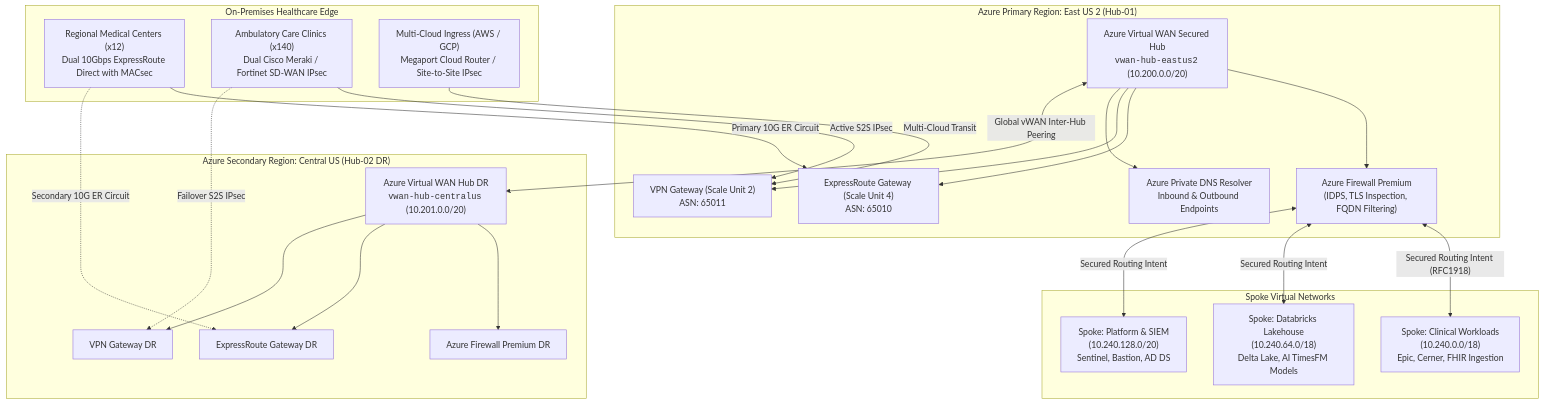
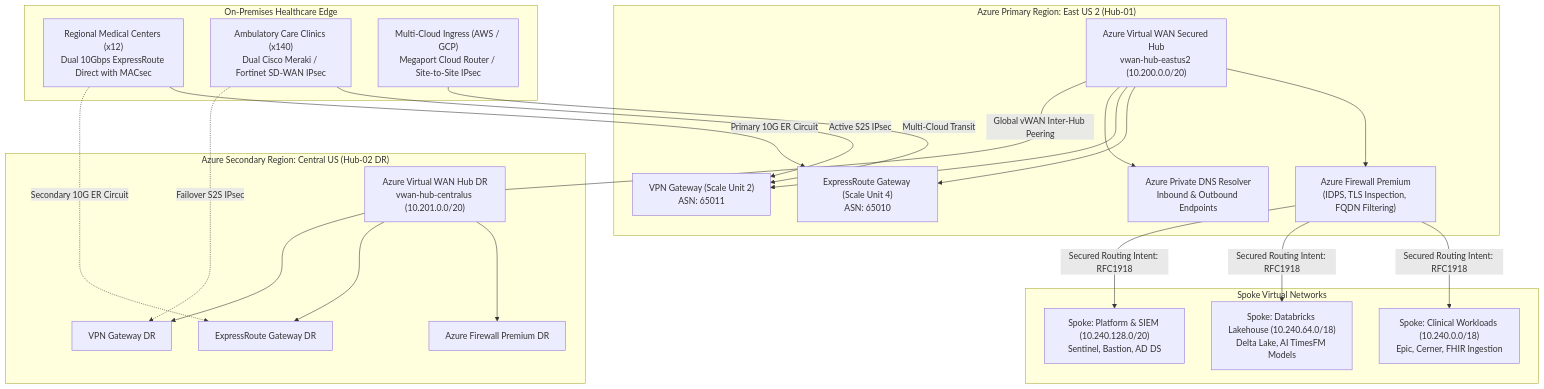
The first of 3 diagrams in docs/landing-zone/hybrid-networking.md (FreeFades2Black/mosaic-health-cloud-architecture), drawn with Mermaid before and after one commit. The commit also changed 5 other files, not shown here.

Commit message:
fix(mermaid): remove inline html tags to ensure 100% diagram compatibility across all browsers

````diff
--- a/docs/landing-zone/hybrid-networking.md
+++ b/docs/landing-zone/hybrid-networking.md
@@ -12,50 +12,50 @@
 ```mermaid
 graph TB
     subgraph "On-Premises Healthcare Edge"
         HospitalEdge["Regional Medical Centers (x12)<br/>Dual 10Gbps ExpressRoute Direct with MACsec"]
         ClinicEdge["Ambulatory Care Clinics (x140)<br/>Dual Cisco Meraki / Fortinet SD-WAN IPsec"]
         MCOpsEdge["Multi-Cloud Ingress (AWS / GCP)<br/>Megaport Cloud Router / Site-to-Site IPsec"]
     end
 
     subgraph "Azure Primary Region: East US 2 (Hub-01)"
-        vWANHub1["Azure Virtual WAN Secured Hub<br/><code>vwan-hub-eastus2</code> (10.200.0.0/20)"]
+        vWANHub1["Azure Virtual WAN Secured Hub<br/>vwan-hub-eastus2 (10.200.0.0/20)"]
         AzFW1["Azure Firewall Premium<br/>(IDPS, TLS Inspection, FQDN Filtering)"]
         ERGW1["ExpressRoute Gateway (Scale Unit 4)<br/>ASN: 65010"]
         VPNGW1["VPN Gateway (Scale Unit 2)<br/>ASN: 65011"]
         DNSResolver1["Azure Private DNS Resolver<br/>Inbound & Outbound Endpoints"]
         
         vWANHub1 --> AzFW1
         vWANHub1 --> ERGW1
         vWANHub1 --> VPNGW1
         vWANHub1 --> DNSResolver1
     end
 
     subgraph "Azure Secondary Region: Central US (Hub-02 DR)"
-        vWANHub2["Azure Virtual WAN Hub DR<br/><code>vwan-hub-centralus</code> (10.201.0.0/20)"]
+        vWANHub2["Azure Virtual WAN Hub DR<br/>vwan-hub-centralus (10.201.0.0/20)"]
         AzFW2["Azure Firewall Premium DR"]
         ERGW2["ExpressRoute Gateway DR"]
         VPNGW2["VPN Gateway DR"]
         
         vWANHub2 --> AzFW2
         vWANHub2 --> ERGW2
         vWANHub2 --> VPNGW2
     end
 
     subgraph "Spoke Virtual Networks"
-        ClinicalSpoke["Spoke: Clinical Workloads<br/>(10.240.0.0/18)<br/>Epic, Cerner, FHIR Ingestion"]
-        AnalyticsSpoke["Spoke: Databricks Lakehouse<br/>(10.240.64.0/18)<br/>Delta Lake, AI TimesFM Models"]
-        ManagementSpoke["Spoke: Platform & SIEM<br/>(10.240.128.0/20)<br/>Sentinel, Bastion, AD DS"]
+        ClinicalSpoke["Spoke: Clinical Workloads (10.240.0.0/18)<br/>Epic, Cerner, FHIR Ingestion"]
+        AnalyticsSpoke["Spoke: Databricks Lakehouse (10.240.64.0/18)<br/>Delta Lake, AI TimesFM Models"]
+        ManagementSpoke["Spoke: Platform & SIEM (10.240.128.0/20)<br/>Sentinel, Bastion, AD DS"]
     end
 
     HospitalEdge -->|Primary 10G ER Circuit| ERGW1
     HospitalEdge -.->|Secondary 10G ER Circuit| ERGW2
     ClinicEdge -->|Active S2S IPsec| VPNGW1
     ClinicEdge -.->|Failover S2S IPsec| VPNGW2
     MCOpsEdge -->|Multi-Cloud Transit| VPNGW1
 
-    vWANHub1 <-->|"Global vWAN Inter-Hub Peering"| vWANHub2
+    vWANHub1 ---|Global vWAN Inter-Hub Peering| vWANHub2
 
-    AzFW1 <-->|"Secured Routing Intent (RFC1918)"| ClinicalSpoke
-    AzFW1 <-->|"Secured Routing Intent"| AnalyticsSpoke
-    AzFW1 <-->|"Secured Routing Intent"| ManagementSpoke
+    AzFW1 -->|Secured Routing Intent: RFC1918| ClinicalSpoke
+    AzFW1 -->|Secured Routing Intent: RFC1918| AnalyticsSpoke
+    AzFW1 -->|Secured Routing Intent: RFC1918| ManagementSpoke
 ```
````
